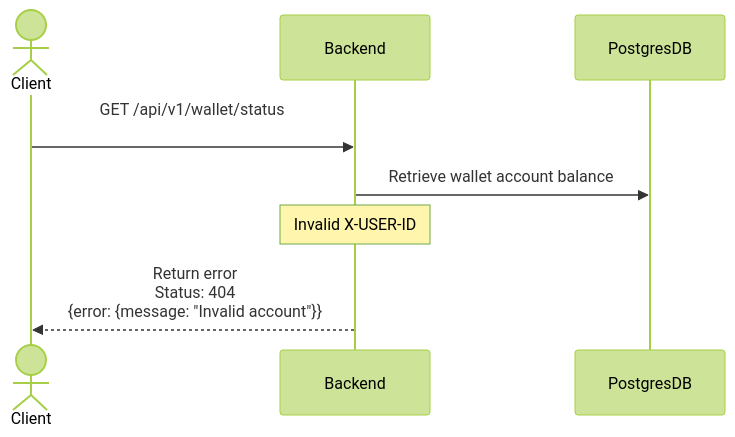
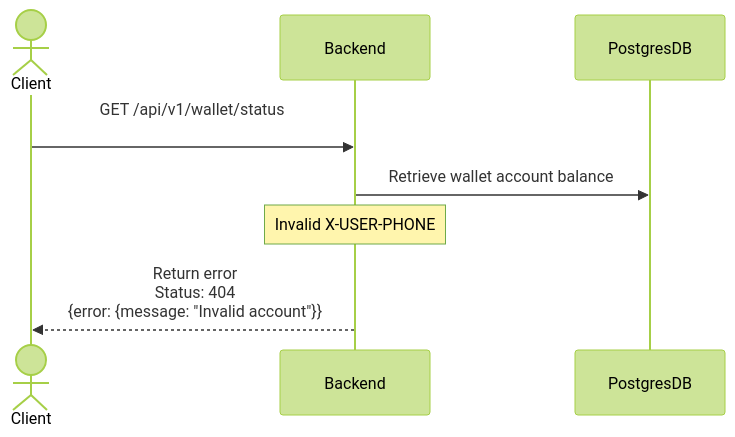
The second of 2 diagrams in docs/scenarios/view_authenticated_user_wallet_status.md (leeliwei930/walletassignment), drawn with Mermaid (forest theme) before and after one commit. The commit also changed 23 other files, not shown here.

Commit message:
Integrate localization and validation features; add support for 'X-USER-PHONE' header in authentication middleware, implement locale initialization, and enhance validation error handling with custom messages.

````diff
--- a/docs/scenarios/view_authenticated_user_wallet_status.md
+++ b/docs/scenarios/view_authenticated_user_wallet_status.md
@@ -17,11 +17,11 @@
 ```mermaid
 sequenceDiagram
     actor Client
     participant Backend
     participant PostgresDB
 
     Client->>Backend: GET /api/v1/wallet/status<br/>
     Backend->>PostgresDB: Retrieve wallet account balance
-    Note over Backend: Invalid X-USER-ID
+    Note over Backend: Invalid X-USER-PHONE
     Backend-->>Client: Return error<br/>Status: 404<br/>{error: {message: "Invalid account"}}
 ```
````
